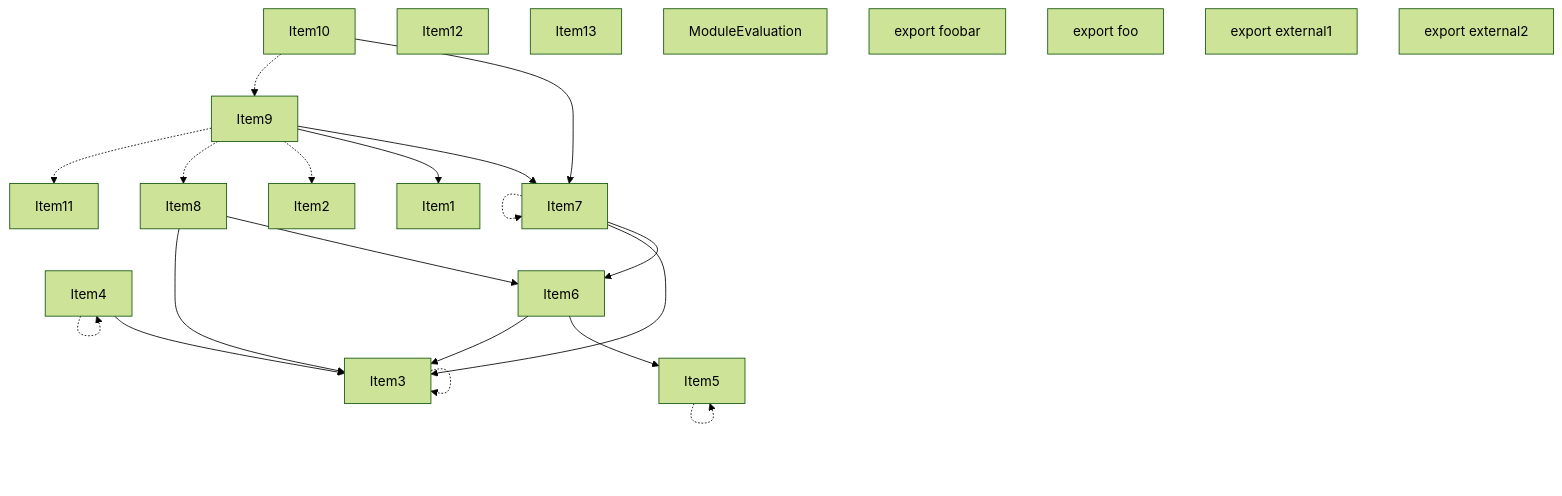
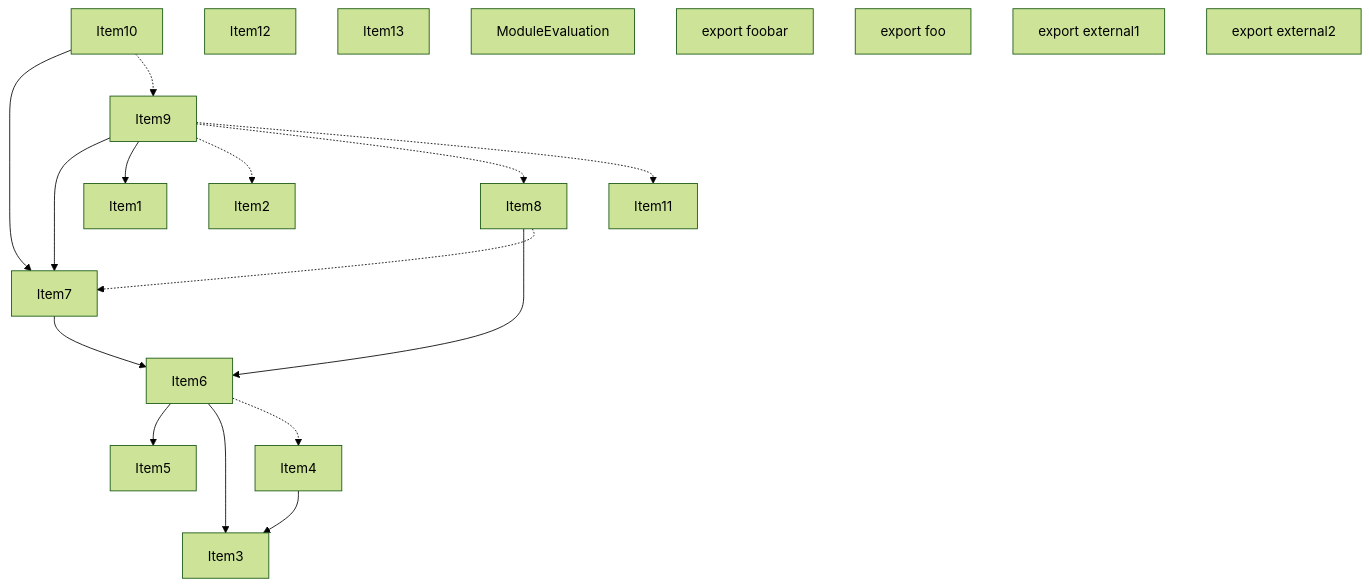
Before and after one commit to vercel/turborepo: the second of 5 diagrams in crates/turbopack-ecmascript/tests/tree-shaker/analyzer/1/output.md, drawn with Mermaid (forest theme). The commit also changed other lines of this file and 20 other files, not shown here.

````diff
--- a/crates/turbopack-ecmascript/tests/tree-shaker/analyzer/1/output.md
+++ b/crates/turbopack-ecmascript/tests/tree-shaker/analyzer/1/output.md
@@ -177,44 +177,40 @@
 ```mermaid
 graph TD
     Item1;
     Item2;
     Item3;
     Item4;
     Item5;
     Item6;
     Item7;
     Item8;
     Item9;
     Item10;
     Item11;
     Item12;
     Item13;
     Item14;
     Item14["ModuleEvaluation"];
     Item15;
     Item15["export foobar"];
     Item16;
     Item16["export foo"];
     Item17;
     Item17["export external1"];
     Item18;
     Item18["export external2"];
-    Item3 -.-> Item3;
     Item4 --> Item3;
-    Item4 -.-> Item4;
-    Item5 -.-> Item5;
     Item6 --> Item5;
     Item6 --> Item3;
+    Item6 -.-> Item4;
     Item7 --> Item6;
-    Item7 --> Item3;
-    Item7 -.-> Item7;
     Item8 --> Item6;
-    Item8 --> Item3;
+    Item8 -.-> Item7;
     Item9 --> Item7;
     Item9 --> Item1;
     Item9 -.-> Item2;
     Item9 -.-> Item8;
     Item9 -.-> Item11;
     Item10 --> Item7;
     Item10 -.-> Item9;
 ```
````
